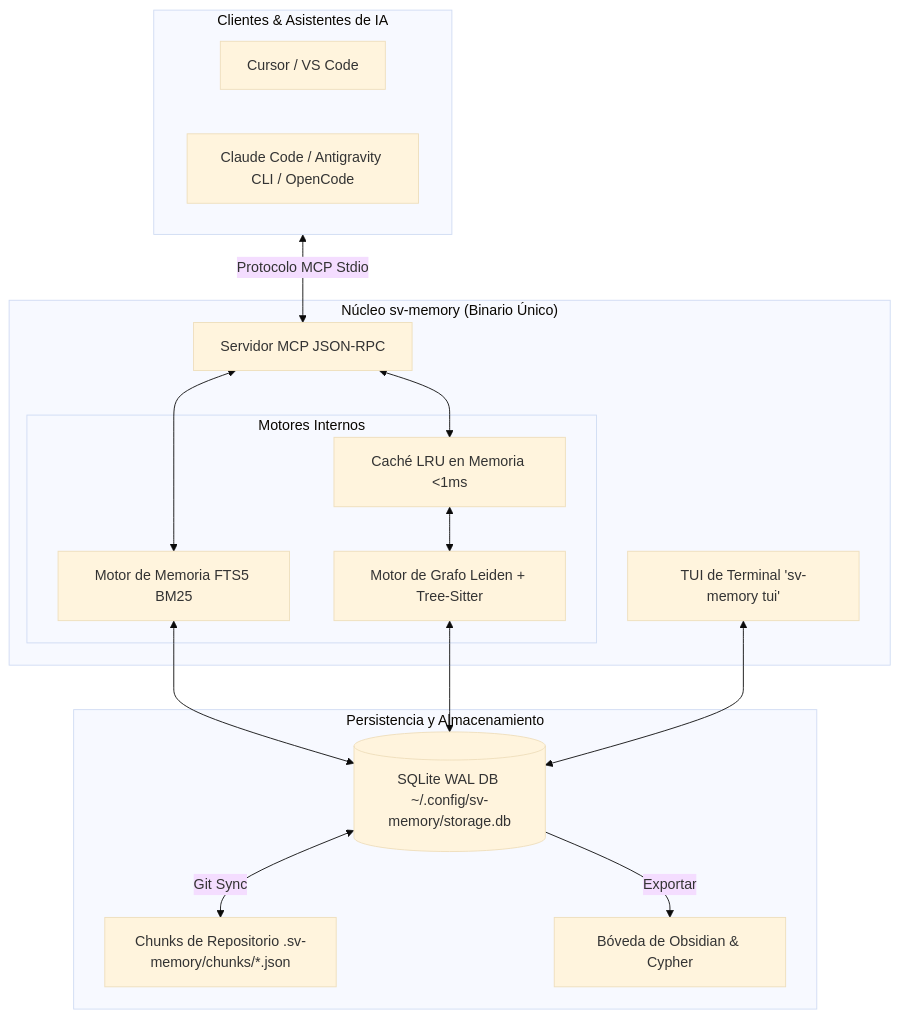
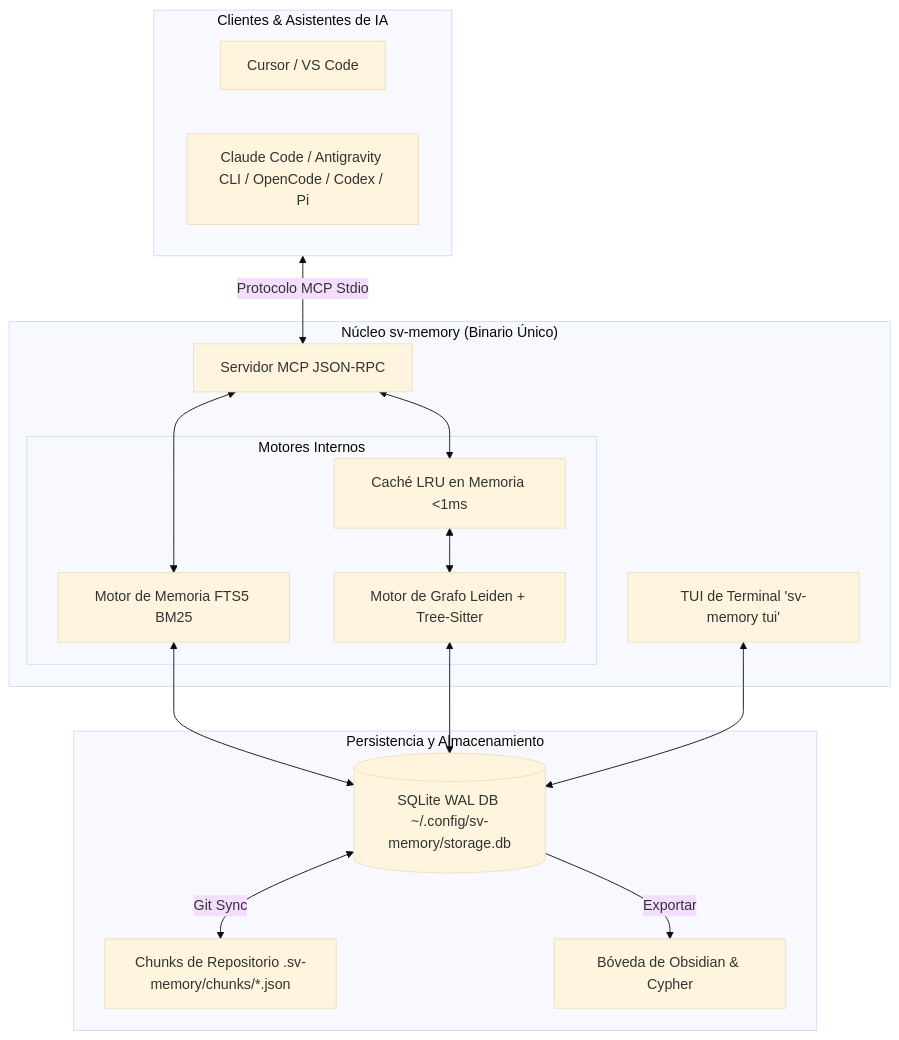
Before and after one commit to svtech-code/sv-memory: the diagram in README_ES.md, drawn with Mermaid (base theme). The commit also changed other lines of this file and 1 other file, not shown here.

Commit message:
docs(readme): sync platform references after Pi/Codex/Windsurf rationalization

````diff
--- a/README_ES.md
+++ b/README_ES.md
@@ -59,34 +59,34 @@
 ```mermaid
 flowchart TD
     subgraph Clientes["Clientes & Asistentes de IA"]
         A1[Cursor / VS Code]
-        A2[Claude Code / Antigravity CLI / OpenCode]
+        A2[Claude Code / Antigravity CLI / OpenCode / Codex / Pi]
     end
 
     subgraph Core["Núcleo sv-memory (Binario Único)"]
         MCP[Servidor MCP JSON-RPC]
         TUI[TUI de Terminal 'sv-memory tui']
 
         subgraph Motores["Motores Internos"]
             ME[Motor de Memoria FTS5 BM25]
             GE[Motor de Grafo Leiden + Tree-Sitter]
             GC[Caché LRU en Memoria <1ms]
         end
     end
 
     subgraph Almacenamiento["Persistencia y Almacenamiento"]
         DB[(SQLite WAL DB ~/.config/sv-memory/storage.db)]
         GIT[Chunks de Repositorio .sv-memory/chunks/*.json]
         OBS[Bóveda de Obsidian & Cypher]
     end
 
     Clientes <-->|Protocolo MCP Stdio| MCP
     MCP <--> ME
     MCP <--> GC
     GC <--> GE
     ME <--> DB
     GE <--> DB
     TUI <--> DB
     DB <-->|Git Sync| GIT
     DB -->|Exportar| OBS
 ```
````
